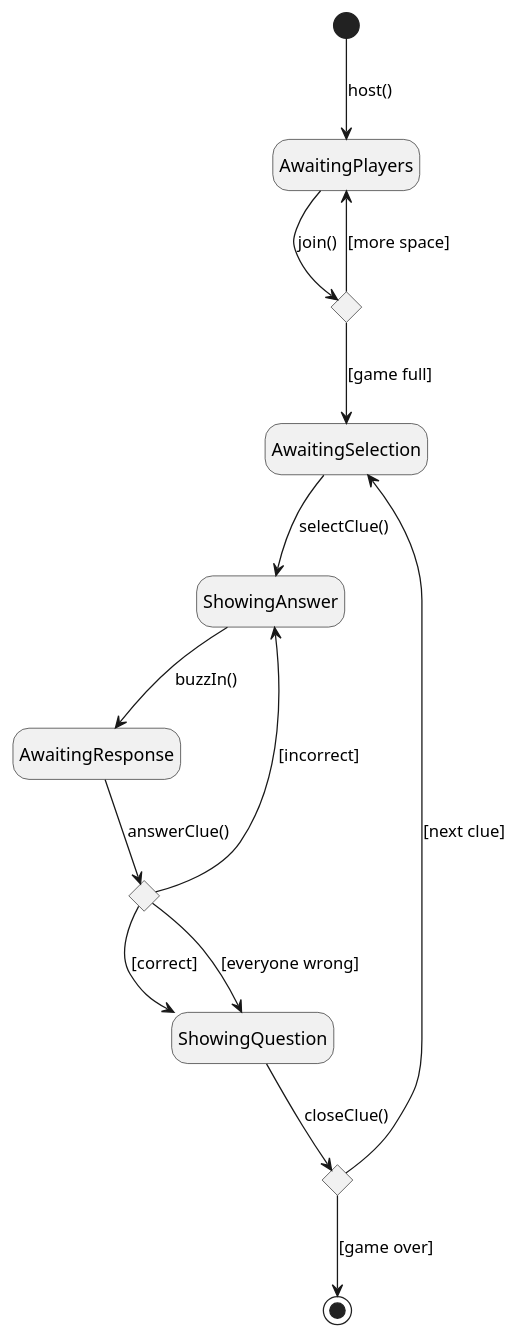
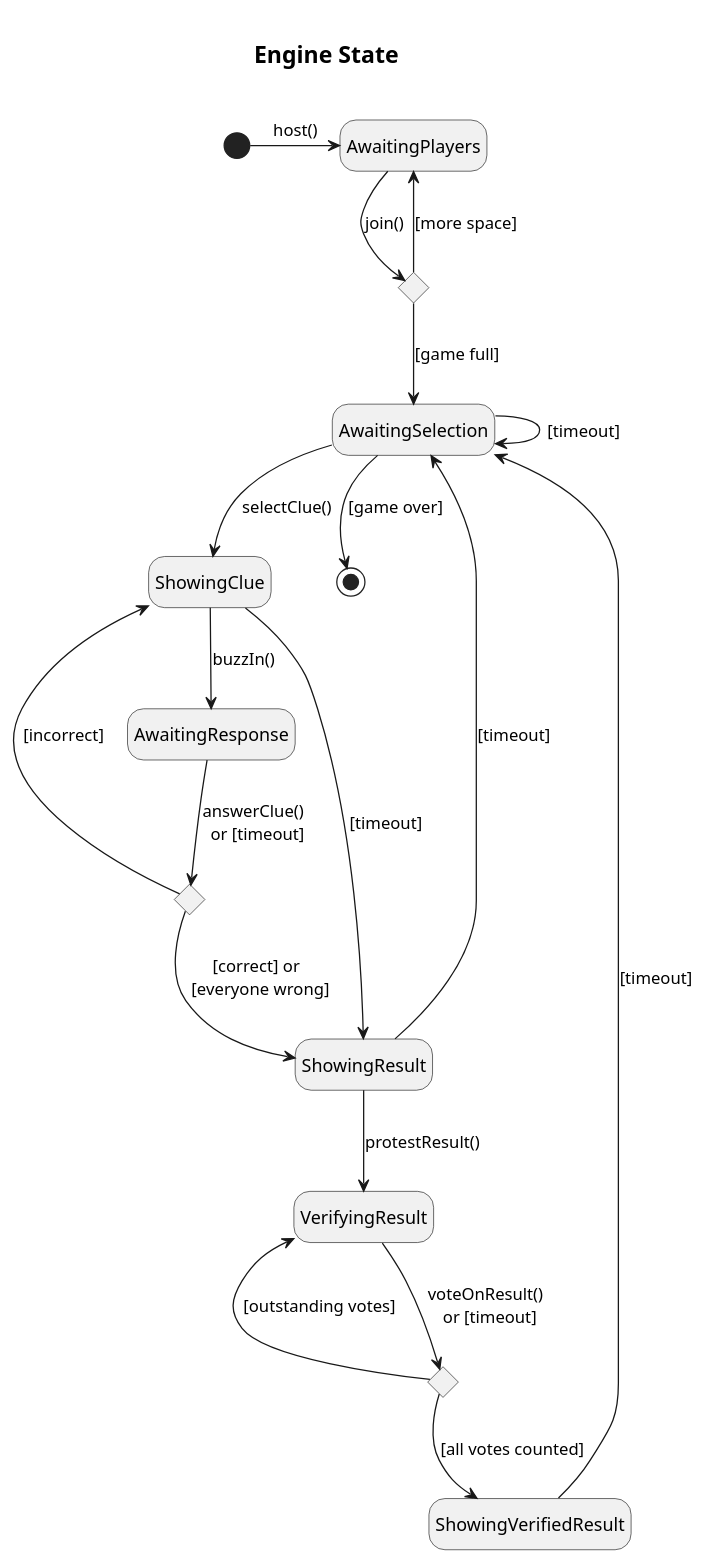
The diagram in server/src/engine/stateDiagram.puml (ddgold/quizzing), drawn with PlantUML before and after one commit. The commit also changed 11 other files, not shown here.

```diff
--- a/server/src/engine/stateDiagram.puml
+++ b/server/src/engine/stateDiagram.puml
@@ -1,28 +1,37 @@
 @startuml stateDiagram
 hide empty description
 
 state AwaitingPlayers
 state AwaitingSelection
-state ShowingAnswer
-state AwaitingResponse 
-state ShowingQuestion
+state ShowingClue
+state AwaitingResponse
+state ShowingResult
+state VerifyingResult
+state ShowingVerifiedResult
 
 state join <<choice>>
 state answerClue <<choice>>
-state closeClue <<choice>>
+state voteOnResult <<choice>>
 
-[*] --> AwaitingPlayers : host()
+title \n=Engine State\n
+
+[*] -> AwaitingPlayers : host()
 AwaitingPlayers --> join : join()
 join --> AwaitingPlayers : [more space]
 join --> AwaitingSelection : [game full]
-AwaitingSelection --> ShowingAnswer : selectClue()
-ShowingAnswer --> AwaitingResponse: buzzIn()
-AwaitingResponse --> answerClue : answerClue()
-answerClue --> ShowingQuestion : [correct]
-answerClue --> ShowingQuestion : [everyone wrong]
-answerClue --> ShowingAnswer : [incorrect]
-ShowingQuestion --> closeClue : closeClue()
-closeClue --> AwaitingSelection : [next clue]
-closeClue --> [*] : [game over]
+AwaitingSelection --> ShowingClue : selectClue()
+AwaitingSelection --> AwaitingSelection : [timeout]
+AwaitingSelection --> [*] : [game over]
+ShowingClue --> AwaitingResponse: buzzIn()
+ShowingClue --> ShowingResult: [timeout]
+AwaitingResponse --> answerClue : answerClue() \n or [timeout]
+answerClue --> ShowingResult : [correct] or \n [everyone wrong]
+answerClue --> ShowingClue : [incorrect]
+ShowingResult --> VerifyingResult : protestResult()
+VerifyingResult --> voteOnResult : voteOnResult() \n or [timeout]
+voteOnResult --> VerifyingResult : [outstanding votes]
+voteOnResult --> ShowingVerifiedResult : [all votes counted]
+ShowingResult --> AwaitingSelection : [timeout]
+ShowingVerifiedResult --> AwaitingSelection : [timeout]
 
 @enduml
```
